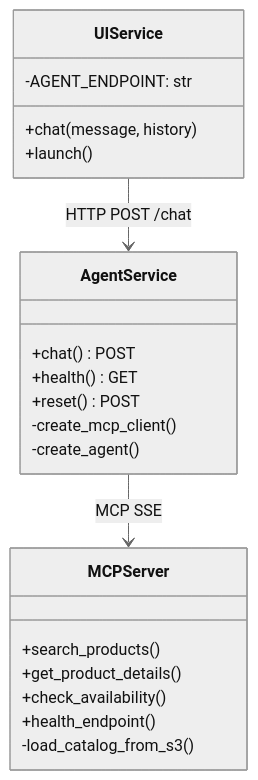
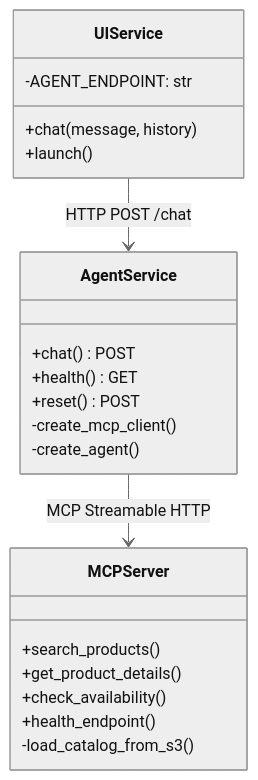
Before and after one commit to aws-samples/sample-mcp-server-on-ecs: the diagram in .agents/summary/components.md, drawn with Mermaid (neutral theme). The commit also changed other lines of this file and 9 other files, not shown here.

````diff
--- a/.agents/summary/components.md
+++ b/.agents/summary/components.md
@@ -5,27 +5,27 @@
 ```mermaid
 classDiagram
     class UIService {
         +chat(message, history)
         +launch()
         -AGENT_ENDPOINT: str
     }
     
     class AgentService {
         +chat() POST
         +health() GET
         +reset() POST
         -create_mcp_client()
         -create_agent()
     }
     
     class MCPServer {
         +search_products()
         +get_product_details()
         +check_availability()
         +health_endpoint()
         -load_catalog_from_s3()
     }
     
     UIService --> AgentService : HTTP POST /chat
-    AgentService --> MCPServer : MCP SSE
+    AgentService --> MCPServer : MCP Streamable HTTP
 ```
````
